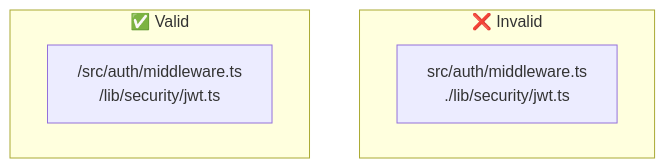
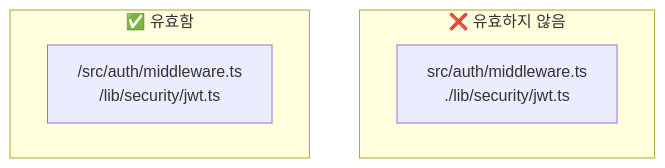
The fourth of 7 diagrams in docs/agents/explore-agent.md (felipetruman/oh-my-opencode-docs), drawn with Mermaid before and after one commit. The commit also changed other lines of this file and 76 other files, not shown here.

````diff
--- a/docs/agents/explore-agent.md
+++ b/docs/agents/explore-agent.md
@@ -192,14 +192,14 @@
 ```mermaid
 flowchart TD
 
 Invalid["src/auth/middleware.ts<br>./lib/security/jwt.ts"]
 Valid["/src/auth/middleware.ts<br>/lib/security/jwt.ts"]
 
-subgraph subGraph1 ["❌ Invalid"]
+subgraph subGraph1 ["❌ 유효하지 않음"]
     Invalid
 end
 
-subgraph subGraph0 ["✅ Valid"]
+subgraph subGraph0 ["✅ 유효함"]
     Valid
 end
 ```
````
